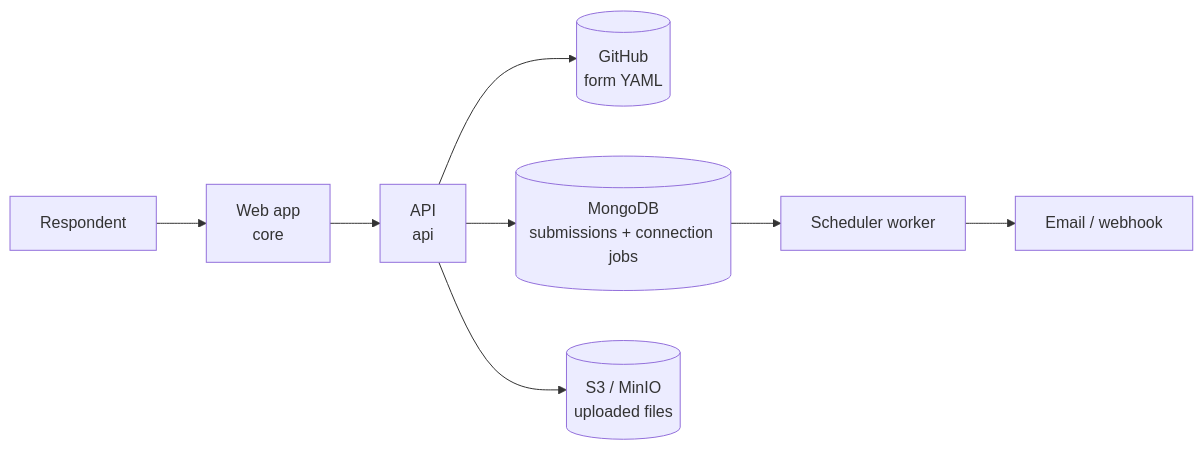
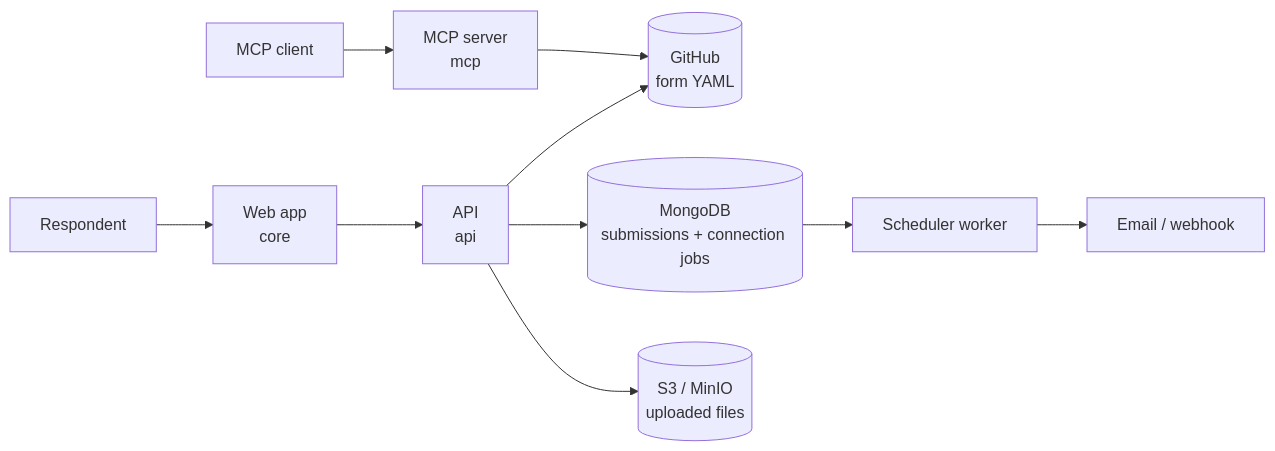
Before and after one commit to declarativeforms/core: the diagram in README.md, drawn with Mermaid. The commit also changed other lines of this file and 30 other files, not shown here.

Commit message:
add MCP server package

````diff
--- a/README.md
+++ b/README.md
@@ -309,10 +312,12 @@
 ```mermaid
 flowchart LR
   A[Respondent] --> B[Web app<br/>core]
   B --> C[API<br/>api]
+  I[MCP client] --> J[MCP server<br/>mcp]
+  J --> D
   C --> D[(GitHub<br/>form YAML)]
   C --> E[(MongoDB<br/>submissions + connection jobs)]
   C --> F[(S3 / MinIO<br/>uploaded files)]
   E --> G[Scheduler worker]
   G --> H[Email / webhook]
 ```
````
